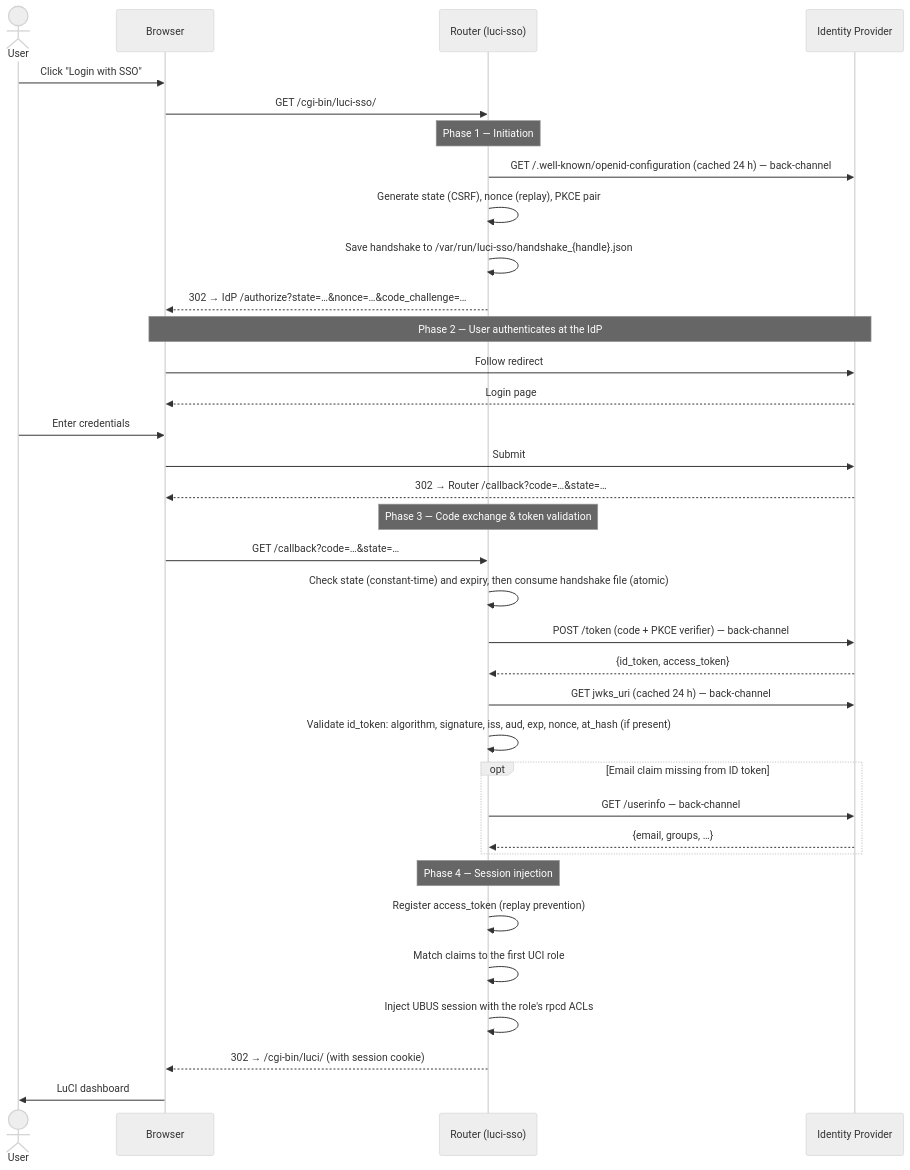
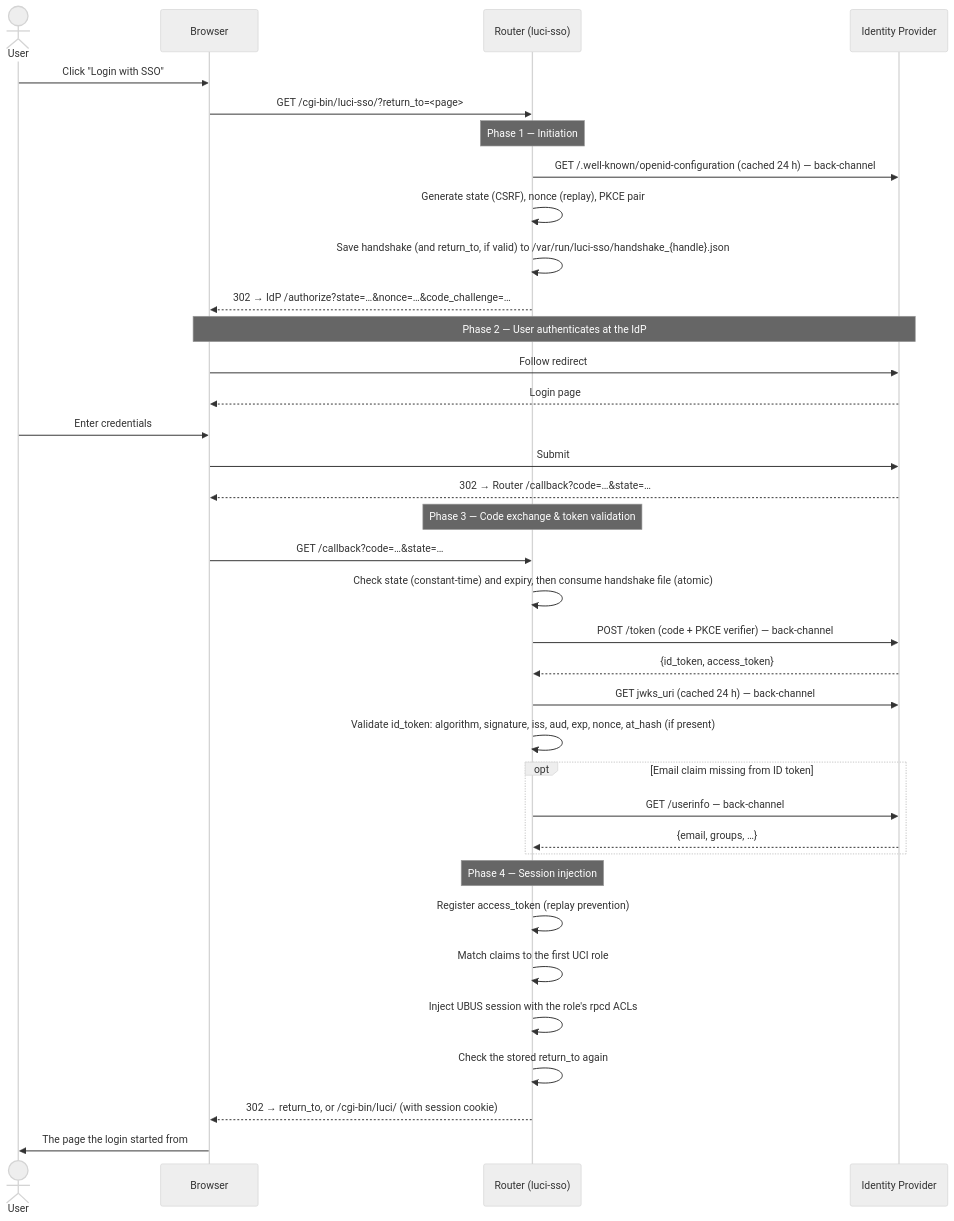
The diagram in docs/explanation/oidc-flow.md (m00qek/luci-sso), drawn with Mermaid (neutral theme) before and after one commit. The commit also changed other lines of this file and 6 other files, not shown here.

````diff
--- a/docs/explanation/oidc-flow.md
+++ b/docs/explanation/oidc-flow.md
@@ -9,42 +9,43 @@
 ```mermaid
 sequenceDiagram
     actor User
     participant B as Browser
     participant R as Router (luci-sso)
     participant I as Identity Provider
 
     User->>B: Click "Login with SSO"
-    B->>R: GET /cgi-bin/luci-sso/
+    B->>R: GET /cgi-bin/luci-sso/?return_to=<page>
 
     Note over R: Phase 1 — Initiation
     R->>I: GET /.well-known/openid-configuration (cached 24 h) — back-channel
     R->>R: Generate state (CSRF), nonce (replay), PKCE pair
-    R->>R: Save handshake to /var/run/luci-sso/handshake_{handle}.json
+    R->>R: Save handshake (and return_to, if valid) to /var/run/luci-sso/handshake_{handle}.json
     R-->>B: 302 → IdP /authorize?state=…&nonce=…&code_challenge=…
 
     Note over B,I: Phase 2 — User authenticates at the IdP
     B->>I: Follow redirect
     I-->>B: Login page
     User->>B: Enter credentials
     B->>I: Submit
     I-->>B: 302 → Router /callback?code=…&state=…
 
     Note over R: Phase 3 — Code exchange & token validation
     B->>R: GET /callback?code=…&state=…
     R->>R: Check state (constant-time) and expiry, then consume handshake file (atomic)
     R->>I: POST /token (code + PKCE verifier) — back-channel
     I-->>R: {id_token, access_token}
     R->>I: GET jwks_uri (cached 24 h) — back-channel
     R->>R: Validate id_token: algorithm, signature, iss, aud, exp, nonce, at_hash (if present)
     opt Email claim missing from ID token
         R->>I: GET /userinfo — back-channel
         I-->>R: {email, groups, …}
     end
 
     Note over R: Phase 4 — Session injection
     R->>R: Register access_token (replay prevention)
     R->>R: Match claims to the first UCI role
     R->>R: Inject UBUS session with the role's rpcd ACLs
-    R-->>B: 302 → /cgi-bin/luci/ (with session cookie)
-    B->>User: LuCI dashboard
+    R->>R: Check the stored return_to again
+    R-->>B: 302 → return_to, or /cgi-bin/luci/ (with session cookie)
+    B->>User: The page the login started from
 ```
````
